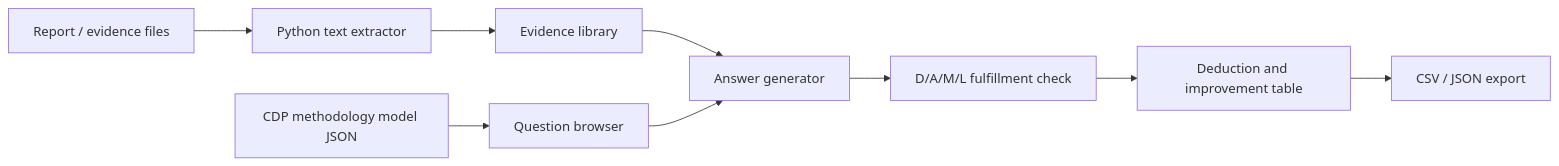
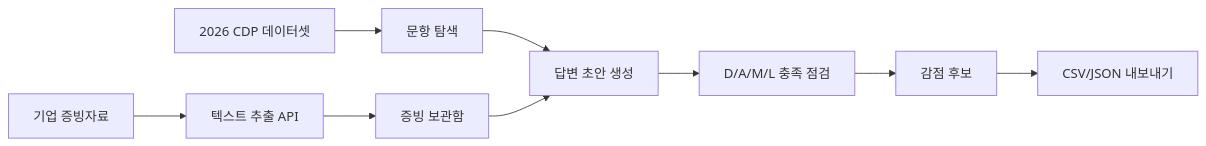
The diagram in docs/02-design/features/cdp-writer-integrated-homepage.design.md (24josh4281/cdp-writer-2026), drawn with Mermaid before and after one commit. The commit also changed other lines of this file and 6 other files, not shown here.

````diff
--- a/docs/02-design/features/cdp-writer-integrated-homepage.design.md
+++ b/docs/02-design/features/cdp-writer-integrated-homepage.design.md
@@ -23,11 +13,11 @@
 ```mermaid
 flowchart LR
-  A["CDP methodology model JSON"] --> B["Question browser"]
-  C["Report / evidence files"] --> D["Python text extractor"]
-  D --> E["Evidence library"]
-  E --> F["Answer generator"]
-  B --> F
-  F --> G["D/A/M/L fulfillment check"]
-  G --> H["Deduction and improvement table"]
-  H --> I["CSV / JSON export"]
+  A["2026 CDP 데이터셋"] --> B["문항 탐색"]
+  C["기업 증빙자료"] --> D["텍스트 추출 API"]
+  D --> E["증빙 보관함"]
+  B --> F["답변 초안 생성"]
+  E --> F
+  F --> G["D/A/M/L 충족 점검"]
+  G --> H["감점 후보"]
+  H --> I["CSV/JSON 내보내기"]
 ```
````
